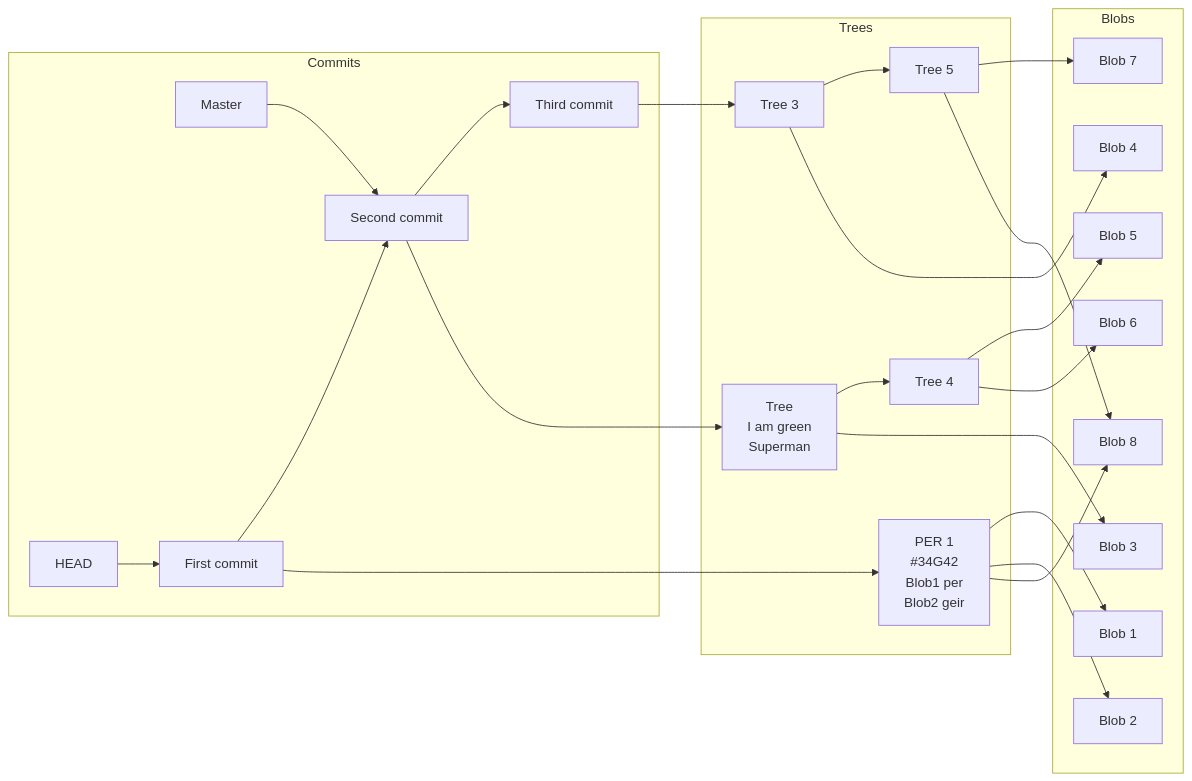
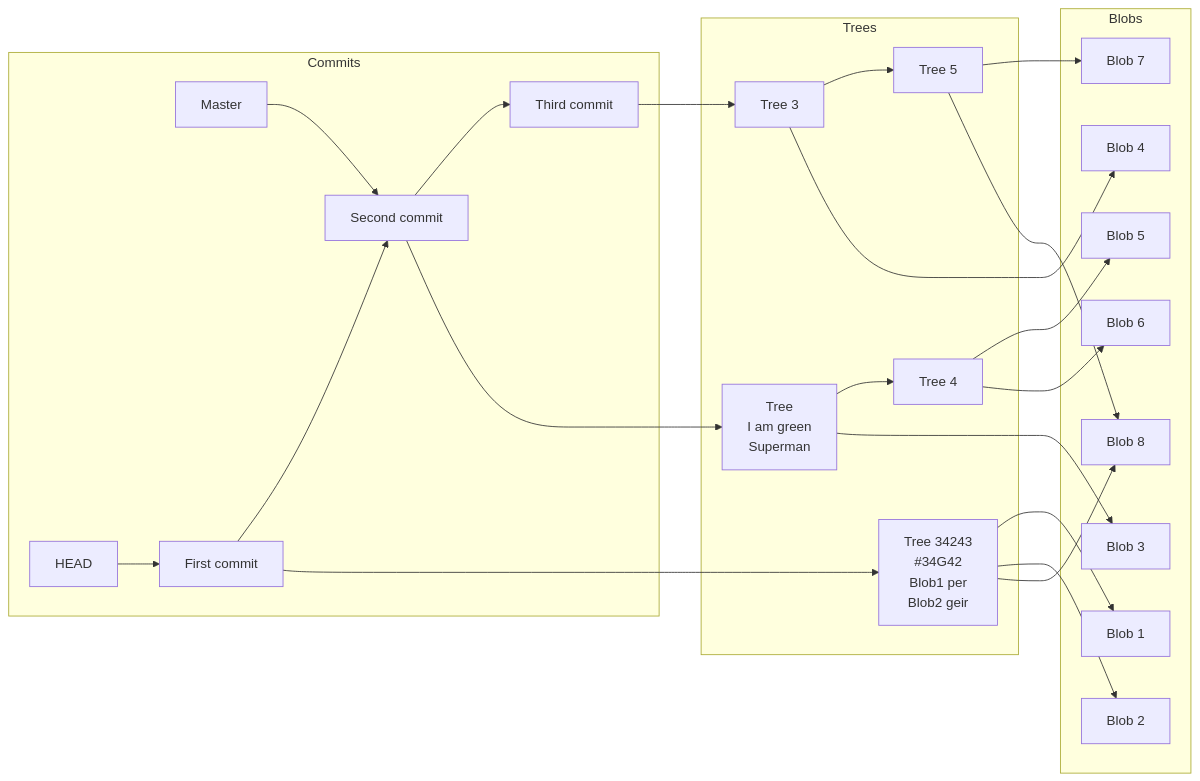
One commit to troflog/git_blob_graph changed the diagram in test.md. Above: the diagram before and after it, drawn with Mermaid.

````diff
--- a/test.md
+++ b/test.md
@@ -1,38 +1,38 @@
 ```mermaid
 
 graph LR
 
 H[HEAD]
 M[Master]
 
-T1[PER 1<br>#34G42<br>Blob1 per <br>Blob2 geir]
+T1[Tree 34243<br>#34G42<br>Blob1 per <br>Blob2 geir]
 
 T2[Tree <br>I am green<br>Superman]
 
 subgraph Commits
 H --> A
 M --> B
 A[First commit] --> B[Second commit]
 B --> C[Third commit]
 end
 subgraph Trees
 A --> T1
 B --> T2
 C --> T3[Tree 3]
 T2 --> T4[Tree 4]
 T3 --> T5[Tree 5]
 end
 subgraph Blobs
 T1 --> B1[Blob 1]
 T1 --> B2[Blob 2]
 T2 --> B3[Blob 3]
 T4 --> B5[Blob 5]
 T4 --> B6[Blob 6]
 T3 --> B4[Blob 4]
 T5 --> B7[Blob 7]
 T1 --> B8[Blob 8]
 T5 --> B8[Blob 8]
 end
 
 
 ```
````
